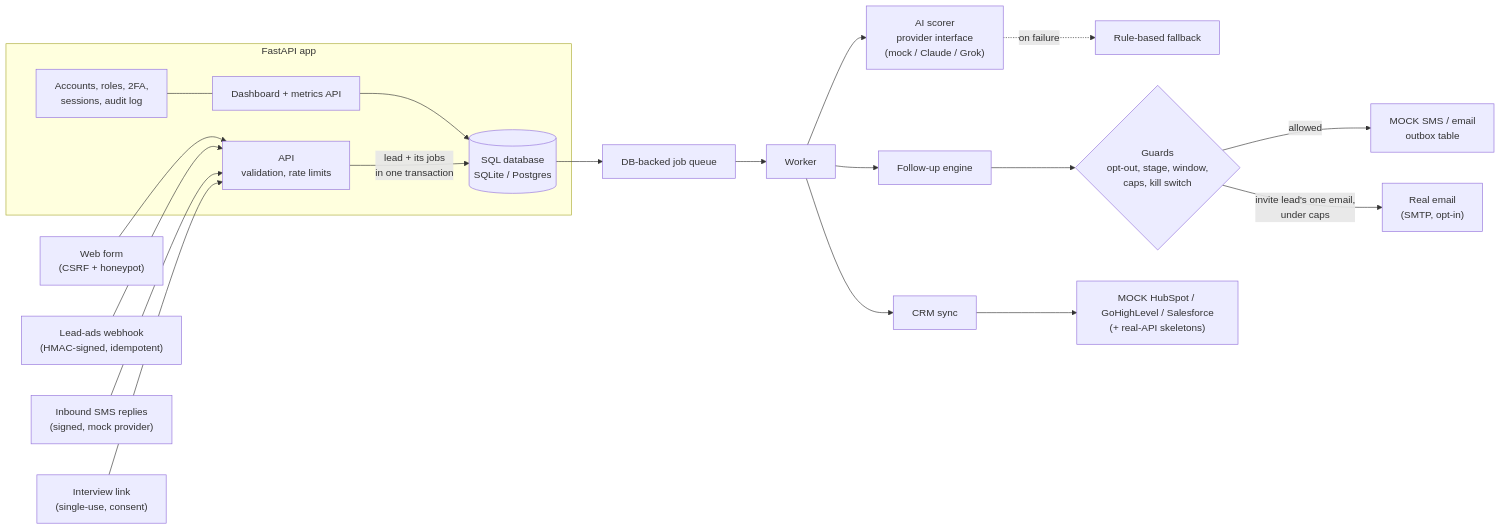
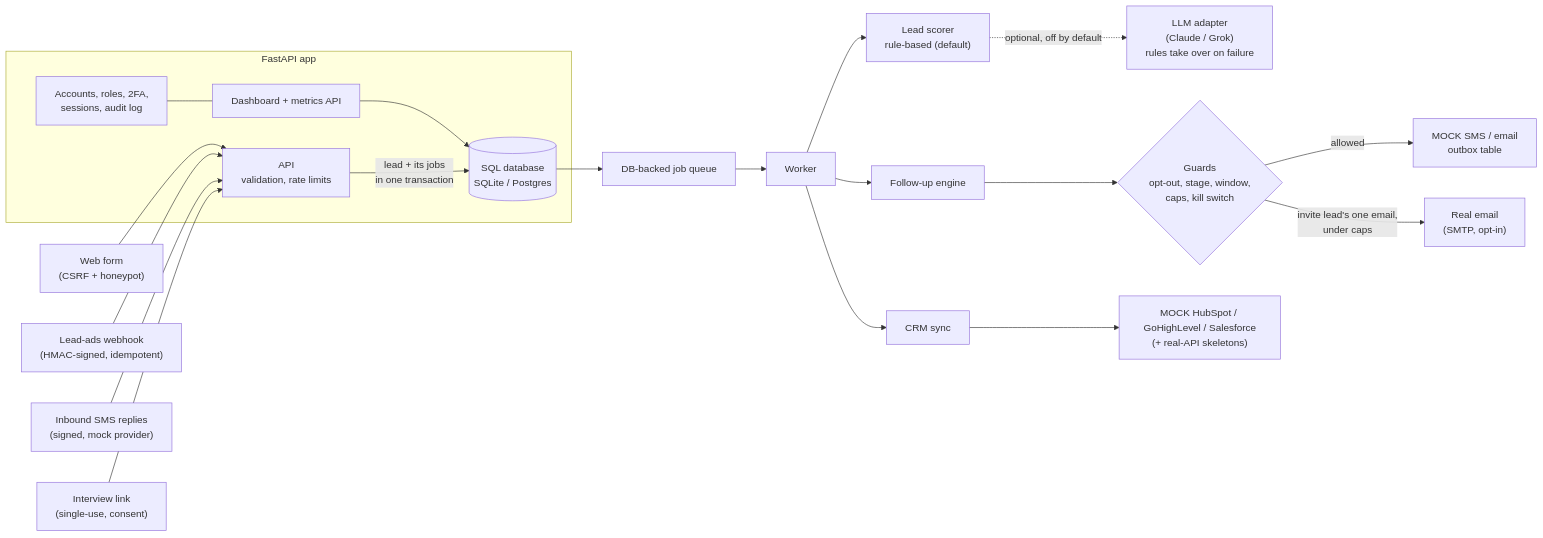
Before and after one commit to latin-guru/speed-to-lead: the diagram in README.md, drawn with Mermaid. The commit also changed other lines of this file and 22 other files, not shown here.

First line of the commit message:
docs: describe lead scoring as rule-based; the LLM adapter is optional

````diff
--- a/README.md
+++ b/README.md
@@ -79,24 +79,24 @@
 ```mermaid
 flowchart LR
     form["Web form<br/>(CSRF + honeypot)"] --> api
     meta["Lead-ads webhook<br/>(HMAC-signed, idempotent)"] --> api
     sms_in["Inbound SMS replies<br/>(signed, mock provider)"] --> api
     invite["Interview link<br/>(single-use, consent)"] --> api
 
     subgraph core["FastAPI app"]
         api["API<br/>validation, rate limits"] -->|"lead + its jobs<br/>in one transaction"| db[("SQL database<br/>SQLite / Postgres")]
         dash["Dashboard + metrics API"] --> db
         auth["Accounts, roles, 2FA,<br/>sessions, audit log"] --- dash
     end
 
     db --> queue["DB-backed job queue"]
     queue --> worker["Worker"]
-    worker --> scorer["AI scorer<br/>provider interface<br/>(mock / Claude / Grok)"]
-    scorer -. "on failure" .-> rules["Rule-based fallback"]
+    worker --> scorer["Lead scorer<br/>rule-based (default)"]
+    scorer -. "optional, off by default" .-> llm["LLM adapter<br/>(Claude / Grok)<br/>rules take over on failure"]
     worker --> engine["Follow-up engine"]
     engine --> guards{"Guards<br/>opt-out, stage, window,<br/>caps, kill switch"}
     guards -->|"allowed"| outbox["MOCK SMS / email<br/>outbox table"]
     guards -->|"invite lead's one email,<br/>under caps"| realmail["Real email<br/>(SMTP, opt-in)"]
     worker --> crm["CRM sync"]
     crm --> crms["MOCK HubSpot / GoHighLevel / Salesforce<br/>(+ real-API skeletons)"]
 ```
````
